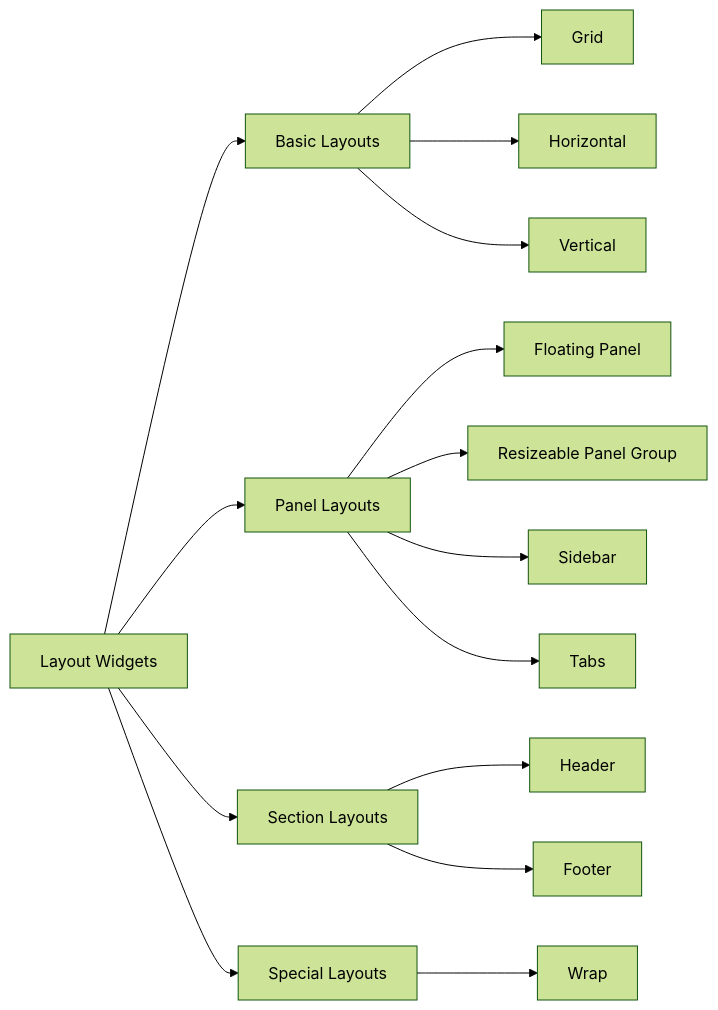
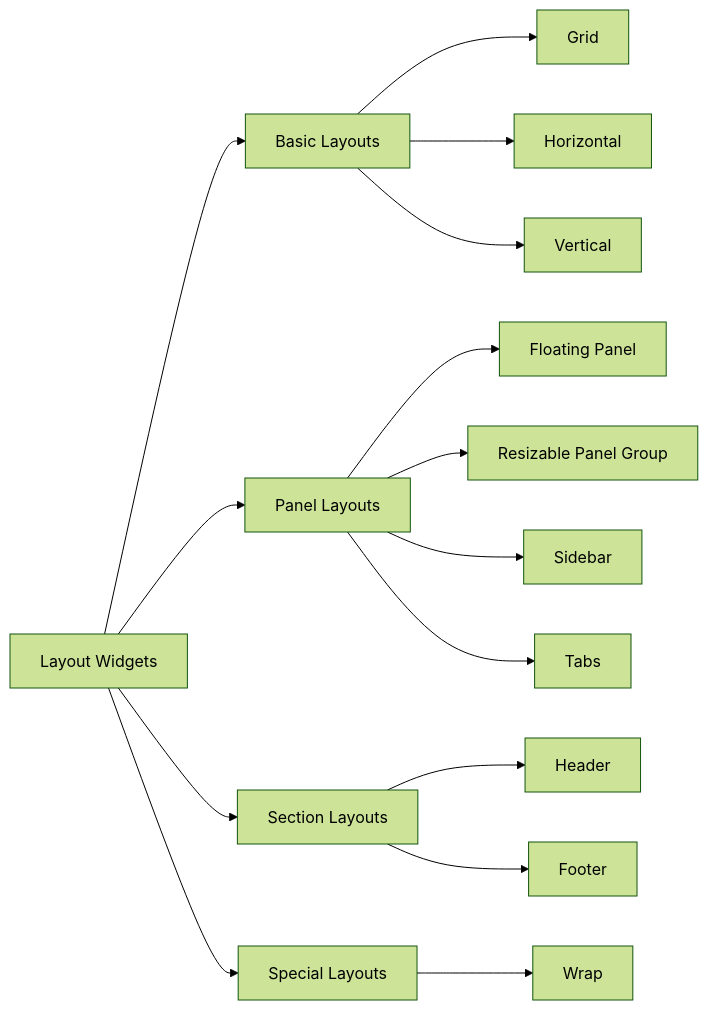
One commit to ArtemLazarchuk/Ivy-Framework changed the fourth of 5 diagrams in src/Ivy.Docs.Shared/Docs/01_Onboarding/02_Concepts/03_Widgets.md. Above: the diagram before and after it, drawn with Mermaid (forest theme). The commit also changed other lines of this file and 10 other files, not shown here.

````diff
--- a/src/Ivy.Docs.Shared/Docs/01_Onboarding/02_Concepts/03_Widgets.md
+++ b/src/Ivy.Docs.Shared/Docs/01_Onboarding/02_Concepts/03_Widgets.md
@@ -329,21 +329,21 @@
 ```mermaid
 graph LR
     A[Layout Widgets] --> B[Basic Layouts]
     A --> C[Panel Layouts]
     A --> D[Section Layouts]
     A --> E[Special Layouts]
     
     B --> B1[Grid]
     B --> B2[Horizontal]
     B --> B3[Vertical]
     
     C --> C1[Floating Panel]
-    C --> C2[Resizeable Panel Group]
+    C --> C2[Resizable Panel Group]
     C --> C3[Sidebar]
     C --> C4[Tabs]
     
     D --> D1[Header]
     D --> D2[Footer]
     
     E --> E1[Wrap]
 ```
````
